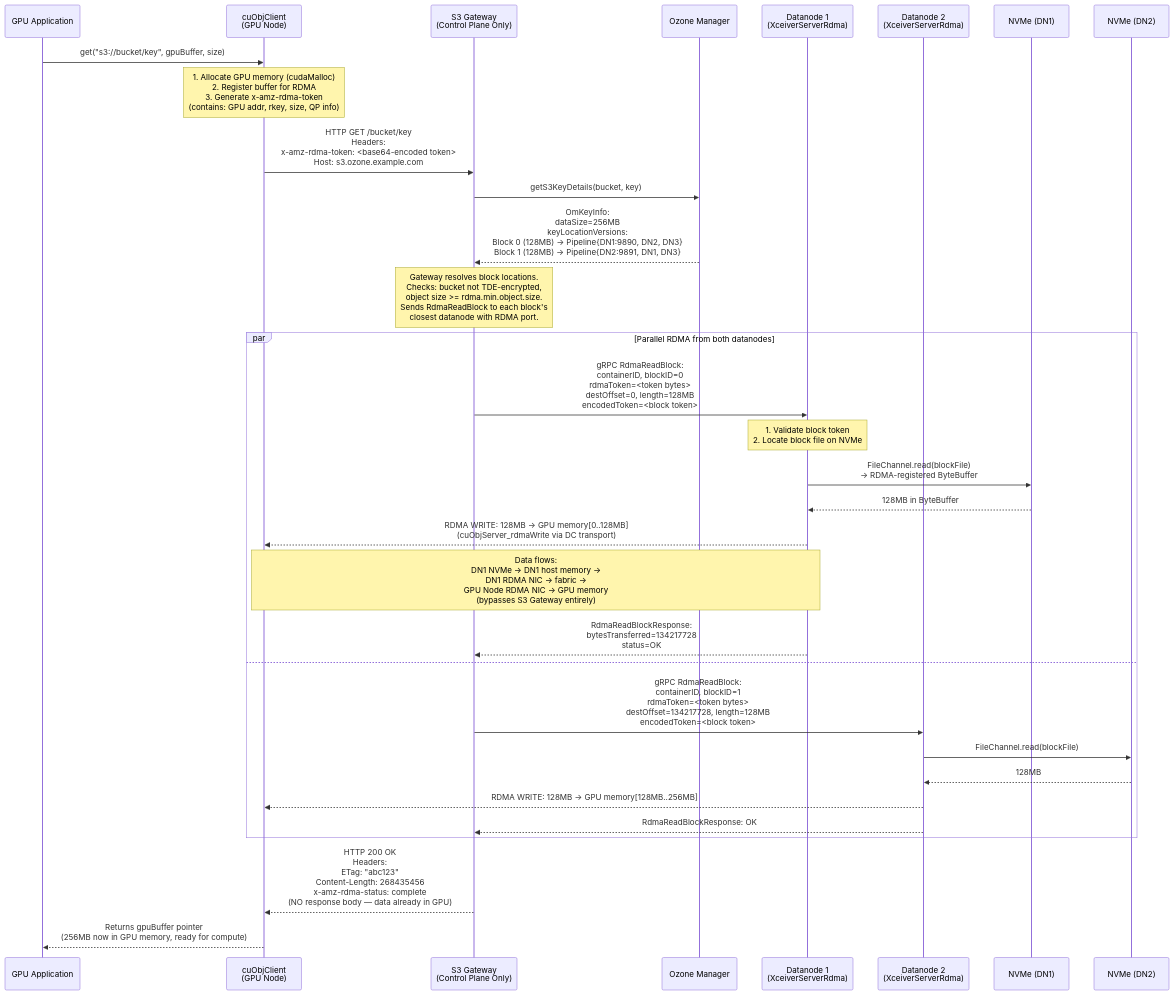
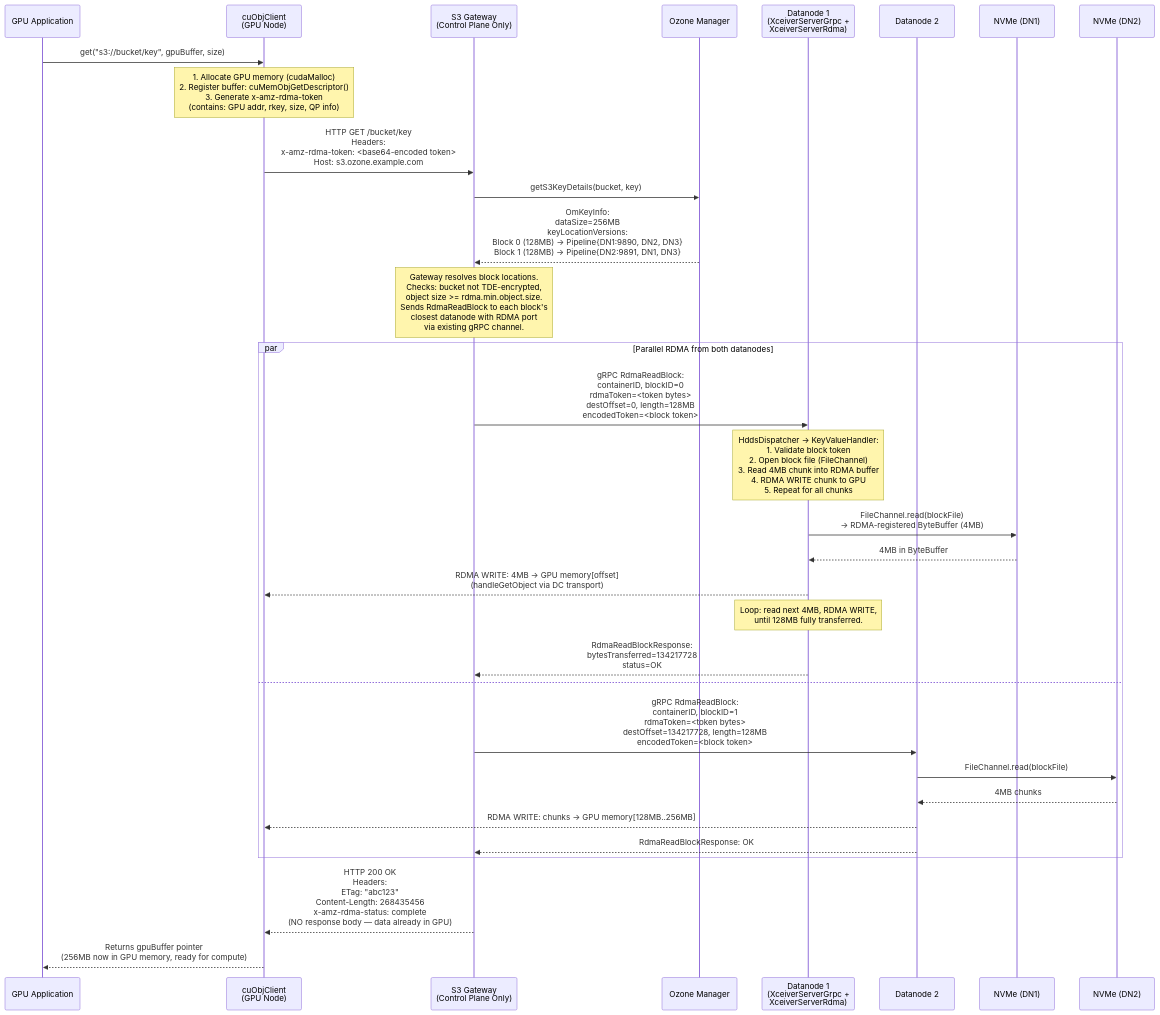
The fourth of 18 diagrams in docs/gds-dn-direct-rdma-implementation-spec.md (ptlrs/ozone), drawn with Mermaid before and after one commit. The commit also changed other lines of this file, not shown here.

Commit message:
GPUDirect. Update GPUDirect Storage spec to version 2.0 with enhanced RDMA path details. This removed all hallucinated APIs

````diff
--- a/docs/gds-dn-direct-rdma-implementation-spec.md
+++ b/docs/gds-dn-direct-rdma-implementation-spec.md
@@ -251,36 +259,36 @@
 ```mermaid
 sequenceDiagram
   participant App as GPU Application
   participant cuObj as cuObjClient<br/>(GPU Node)
   participant GW as S3 Gateway<br/>(Control Plane Only)
   participant OM as Ozone Manager
-  participant DN1 as Datanode 1<br/>(XceiverServerRdma)
-  participant DN2 as Datanode 2<br/>(XceiverServerRdma)
+  participant DN1 as Datanode 1<br/>(XceiverServerGrpc +<br/>XceiverServerRdma)
+  participant DN2 as Datanode 2
   participant Disk1 as NVMe (DN1)
   participant Disk2 as NVMe (DN2)
   App ->> cuObj: get("s3://bucket/key", gpuBuffer, size)
-  Note over cuObj: 1. Allocate GPU memory (cudaMalloc)<br/>2. Register buffer for RDMA<br/>3. Generate x-amz-rdma-token<br/>(contains: GPU addr, rkey, size, QP info)
+  Note over cuObj: 1. Allocate GPU memory (cudaMalloc)<br/>2. Register buffer: cuMemObjGetDescriptor()<br/>3. Generate x-amz-rdma-token<br/>(contains: GPU addr, rkey, size, QP info)
   cuObj ->> GW: HTTP GET /bucket/key<br/>Headers:<br/> x-amz-rdma-token: <base64-encoded token><br/> Host: s3.ozone.example.com
   GW ->> OM: getS3KeyDetails(bucket, key)
-  OM -->> GW: OmKeyInfo:<br/> dataSize=256MB<br/> keyLocationVersions:<br/> Block 0 (128MB) → Pipeline{DN1:9890, DN2, DN3}<br/> Block 1 (128MB) → Pipeline{DN2:9891, DN1, DN3}
-  Note over GW: Gateway resolves block locations.<br/>Checks: bucket not TDE-encrypted,<br/>object size >= rdma.min.object.size.<br/>Sends RdmaReadBlock to each block's<br/>closest datanode with RDMA port.
+  OM -->> GW: OmKeyInfo:<br/> dataSize=256MB<br/> keyLocationVersions:<br/> Block 0 (128MB) -> Pipeline{DN1:9890, DN2, DN3}<br/> Block 1 (128MB) -> Pipeline{DN2:9891, DN1, DN3}
+  Note over GW: Gateway resolves block locations.<br/>Checks: bucket not TDE-encrypted,<br/>object size >= rdma.min.object.size.<br/>Sends RdmaReadBlock to each block's<br/>closest datanode with RDMA port<br/>via existing gRPC channel.
 
   par Parallel RDMA from both datanodes
     GW ->> DN1: gRPC RdmaReadBlock:<br/> containerID, blockID=0<br/> rdmaToken=<token bytes><br/> destOffset=0, length=128MB<br/> encodedToken=<block token>
-    Note over DN1: 1. Validate block token<br/>2. Locate block file on NVMe
-    DN1 ->> Disk1: FileChannel.read(blockFile)<br/>→ RDMA-registered ByteBuffer
-    Disk1 -->> DN1: 128MB in ByteBuffer
-    DN1 -->> cuObj: RDMA WRITE: 128MB → GPU memory[0..128MB]<br/>(cuObjServer_rdmaWrite via DC transport)
-    Note over DN1, cuObj: Data flows:<br/>DN1 NVMe → DN1 host memory →<br/>DN1 RDMA NIC → fabric →<br/>GPU Node RDMA NIC → GPU memory<br/>(bypasses S3 Gateway entirely)
+    Note over DN1: HddsDispatcher -> KeyValueHandler:<br/>1. Validate block token<br/>2. Open block file (FileChannel)<br/>3. Read 4MB chunk into RDMA buffer<br/>4. RDMA WRITE chunk to GPU<br/>5. Repeat for all chunks
+    DN1 ->> Disk1: FileChannel.read(blockFile)<br/>-> RDMA-registered ByteBuffer (4MB)
+    Disk1 -->> DN1: 4MB in ByteBuffer
+    DN1 -->> cuObj: RDMA WRITE: 4MB -> GPU memory[offset]<br/>(handleGetObject via DC transport)
+    Note over DN1: Loop: read next 4MB, RDMA WRITE,<br/>until 128MB fully transferred.
     DN1 -->> GW: RdmaReadBlockResponse:<br/> bytesTransferred=134217728<br/> status=OK
   and
     GW ->> DN2: gRPC RdmaReadBlock:<br/> containerID, blockID=1<br/> rdmaToken=<token bytes><br/> destOffset=134217728, length=128MB<br/> encodedToken=<block token>
     DN2 ->> Disk2: FileChannel.read(blockFile)
-    Disk2 -->> DN2: 128MB
-    DN2 -->> cuObj: RDMA WRITE: 128MB → GPU memory[128MB..256MB]
+    Disk2 -->> DN2: 4MB chunks
+    DN2 -->> cuObj: RDMA WRITE: chunks -> GPU memory[128MB..256MB]
     DN2 -->> GW: RdmaReadBlockResponse: OK
   end
 
   GW -->> cuObj: HTTP 200 OK<br/>Headers:<br/> ETag: "abc123"<br/> Content-Length: 268435456<br/> x-amz-rdma-status: complete<br/>(NO response body — data already in GPU)
   cuObj -->> App: Returns gpuBuffer pointer<br/>(256MB now in GPU memory, ready for compute)
 ```
````
